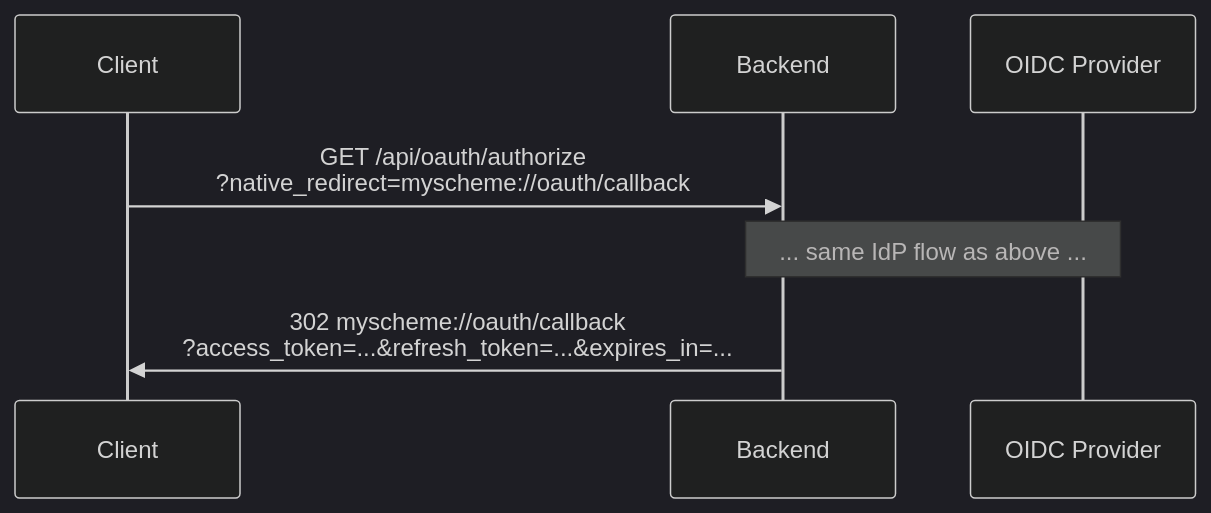
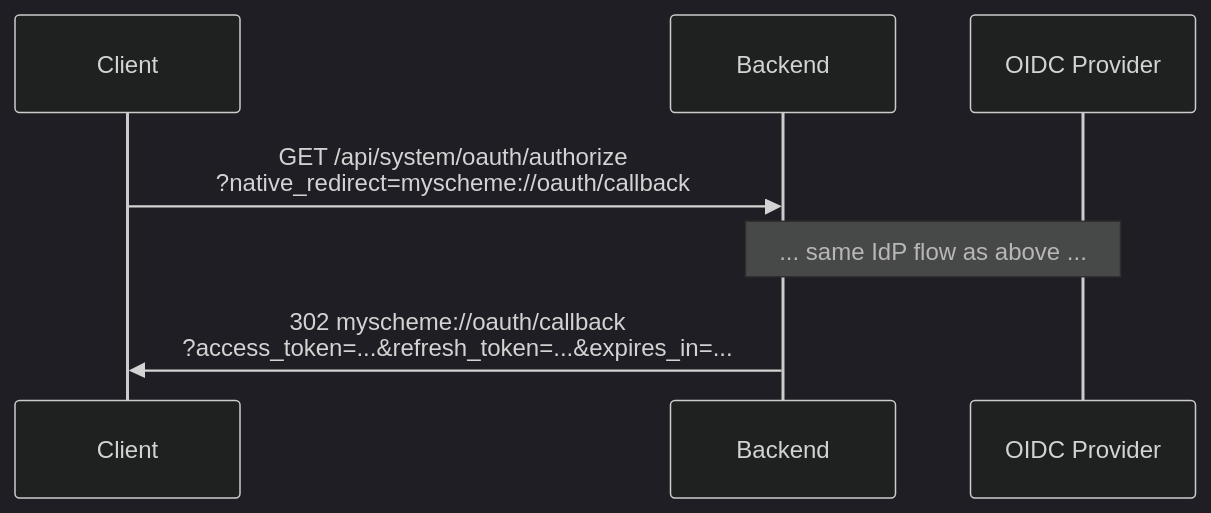
Before and after one commit to xiaoyuanzhu-com/my-life-db-docs: the second of 6 diagrams in src/content/docs/internal/components/authentication.md, drawn with Mermaid (dark theme). The commit also changed other lines of this file and 1 other file, not shown here.

First line of the commit message:
docs(auth): update OAuth path references to /api/system/oauth/*

````diff
--- a/src/content/docs/internal/components/authentication.md
+++ b/src/content/docs/internal/components/authentication.md
@@ -91,10 +91,10 @@
 ```mermaid
 sequenceDiagram
     participant C as Client
     participant B as Backend
     participant IdP as OIDC Provider
 
-    C->>B: GET /api/oauth/authorize<br/>?native_redirect=myscheme://oauth/callback
+    C->>B: GET /api/system/oauth/authorize<br/>?native_redirect=myscheme://oauth/callback
     Note over B,IdP: ... same IdP flow as above ...
     B->>C: 302 myscheme://oauth/callback<br/>?access_token=...&refresh_token=...&expires_in=...
 ```
````
